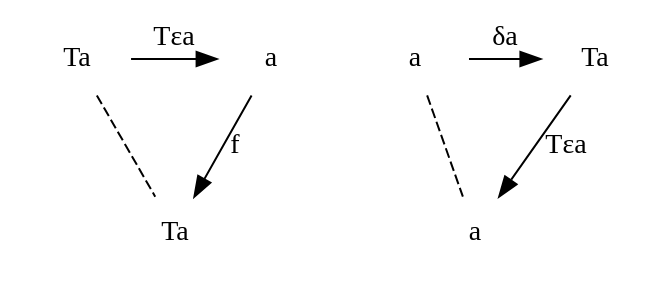
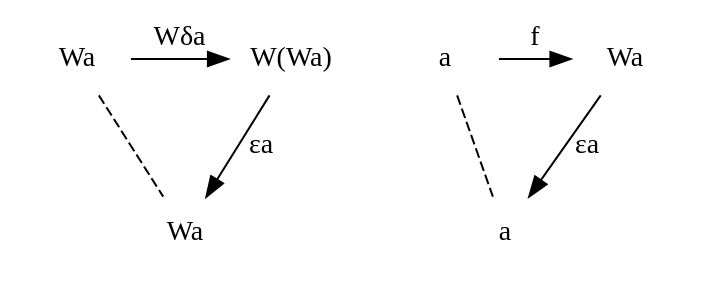
One commit to evenbrenden/ct4p-challenges changed the diagram in chapter25-challenge2-triangular-identities.dot. Above: the diagram before and after it, drawn with Graphviz. The commit also changed 2 other files, not shown here.

```diff
--- a/chapter25-challenge2-triangular-identities.dot
+++ b/chapter25-challenge2-triangular-identities.dot
@@ -1,23 +1,23 @@
 digraph {
   node [shape=plaintext]
 
-  TaL1 [label="Ta"]
-  TaR1 [label="Ta"]
-  aR1 [label="a"]
+  WaL1 [label="Wa"]
+  WaR1 [label="Wa"]
+  WWa1 [label="W(Wa)"]
 
-  { rank=same TaL1 aR1 }
+  { rank=same WaL1 WWa1 }
 
-  TaL1 -> aR1 [label="Tεa"]
-  aR1 -> TaR1 [label="f"]
-  TaL1 -> TaR1 [label="" style=dashed arrowhead=none]
+  WaL1 -> WWa1 [label="Wδa"]
+  WWa1 -> WaR1 [label="εa"]
+  WaL1 -> WaR1 [label="" style=dashed arrowhead=none]
 
   aL2 [label="a"]
   aR2 [label="a"]
-  TaR2 [label="Ta"]
+  Wa2 [label="Wa"]
 
-  { rank=same aL2 TaR2 }
+  { rank=same aL2 Wa2 }
 
-  aL2 -> TaR2 [label="δa"]
-  TaR2 -> aR2 [label="Tεa"]
+  aL2 -> Wa2 [label="f"]
+  Wa2 -> aR2 [label="εa"]
   aL2 -> aR2 [label="" style=dashed arrowhead=none]
 }
```
